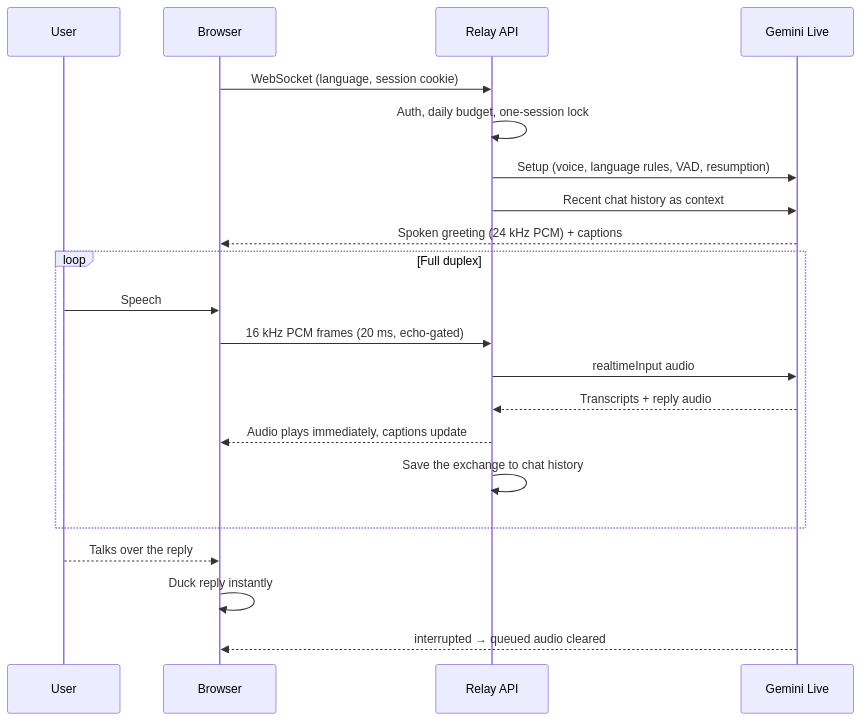
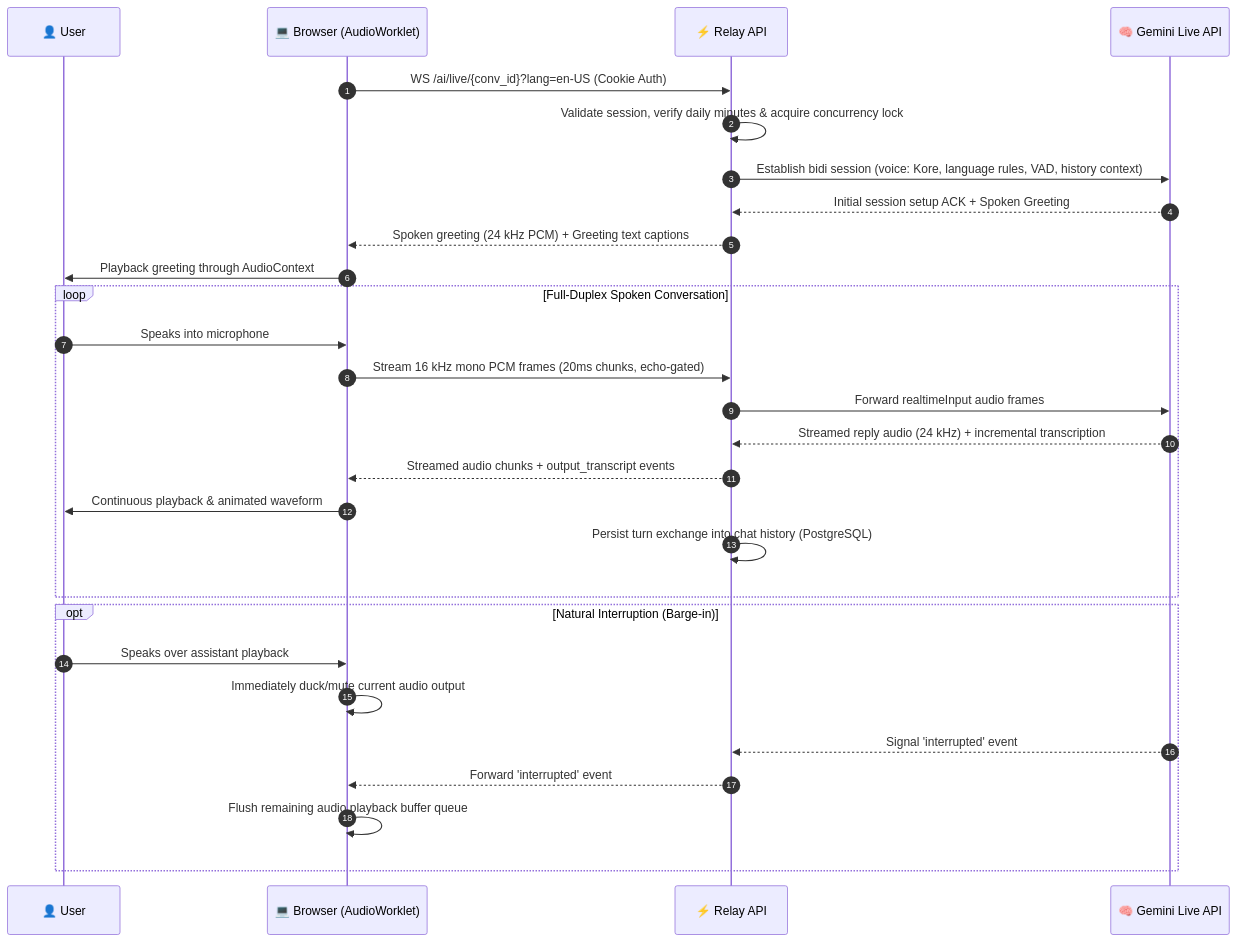
One commit to Nati1-2/AIchatbotandchatapp changed the second of 2 diagrams in README.md. Above: the diagram before and after it, drawn with Mermaid. The commit also changed other lines of this file, not shown here.

````diff
--- a/README.md
+++ b/README.md
@@ -113,24 +181,33 @@
 ```mermaid
 sequenceDiagram
-    participant U as User
-    participant B as Browser
-    participant A as Relay API
-    participant G as Gemini Live
+    autonumber
+    participant User as 👤 User
+    participant Browser as 💻 Browser (AudioWorklet)
+    participant Relay as ⚡ Relay API
+    participant Gemini as 🧠 Gemini Live API
 
-    B->>A: WebSocket (language, session cookie)
-    A->>A: Auth, daily budget, one-session lock
-    A->>G: Setup (voice, language rules, VAD, resumption)
-    A->>G: Recent chat history as context
-    G-->>B: Spoken greeting (24 kHz PCM) + captions
-    loop Full duplex
-        U->>B: Speech
-        B->>A: 16 kHz PCM frames (20 ms, echo-gated)
-        A->>G: realtimeInput audio
-        G-->>A: Transcripts + reply audio
-        A-->>B: Audio plays immediately, captions update
-        A->>A: Save the exchange to chat history
+    Browser->>Relay: WS /ai/live/{conv_id}?lang=en-US (Cookie Auth)
+    Relay->>Relay: Validate session, verify daily minutes & acquire concurrency lock
+    Relay->>Gemini: Establish bidi session (voice: Kore, language rules, VAD, history context)
+    Gemini-->>Relay: Initial session setup ACK + Spoken Greeting
+    Relay-->>Browser: Spoken greeting (24 kHz PCM) + Greeting text captions
+    Browser->>User: Playback greeting through AudioContext
+
+    loop Full-Duplex Spoken Conversation
+        User->>Browser: Speaks into microphone
+        Browser->>Relay: Stream 16 kHz mono PCM frames (20ms chunks, echo-gated)
+        Relay->>Gemini: Forward realtimeInput audio frames
+        Gemini-->>Relay: Streamed reply audio (24 kHz) + incremental transcription
+        Relay-->>Browser: Streamed audio chunks + output_transcript events
+        Browser->>User: Continuous playback & animated waveform
+        Relay->>Relay: Persist turn exchange into chat history (PostgreSQL)
     end
-    U-->>B: Talks over the reply
-    B->>B: Duck reply instantly
-    G-->>B: interrupted → queued audio cleared
+
+    opt Natural Interruption (Barge-in)
+        User->>Browser: Speaks over assistant playback
+        Browser->>Browser: Immediately duck/mute current audio output
+        Gemini-->>Relay: Signal 'interrupted' event
+        Relay-->>Browser: Forward 'interrupted' event
+        Browser->>Browser: Flush remaining audio playback buffer queue
+    end
 ```
````
